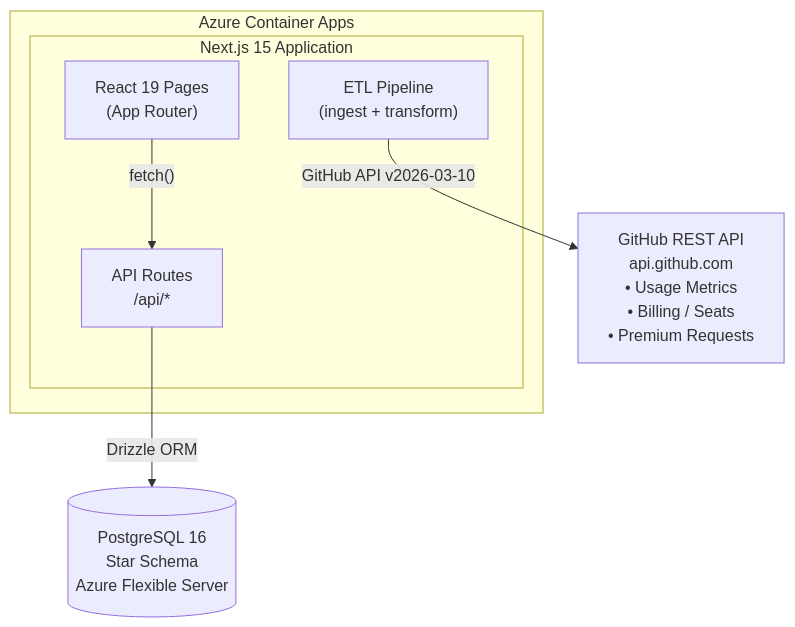
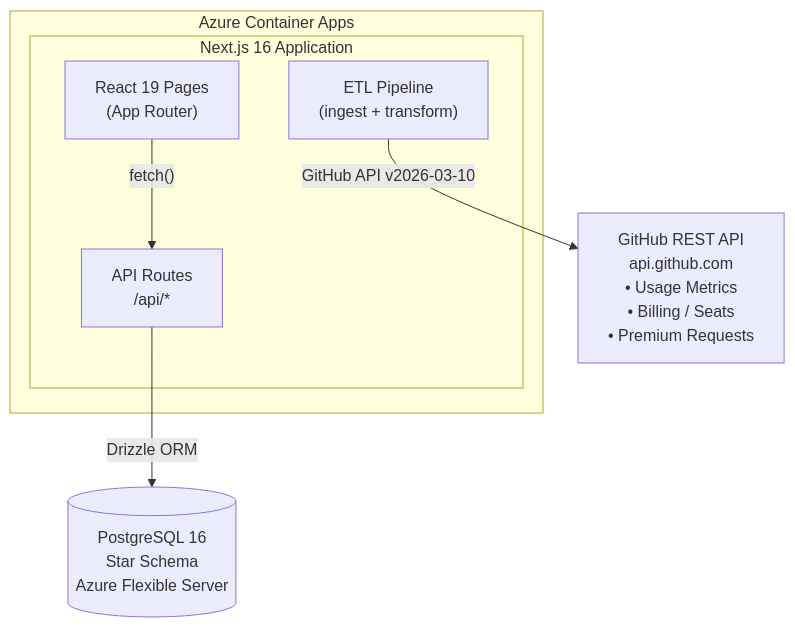
Before and after one commit to amgdy/github-copilot-insights-dashboard: the first of 6 diagrams in docs/architecture.md, drawn with Mermaid. The commit also changed other lines of this file and 6 other files, not shown here.

````diff
--- a/docs/architecture.md
+++ b/docs/architecture.md
@@ -7,17 +7,17 @@
 ```mermaid
 graph TD
     subgraph ACA["Azure Container Apps"]
-        subgraph App["Next.js 15 Application"]
+        subgraph App["Next.js 16 Application"]
             React["React 19 Pages<br/>(App Router)"]
             API["API Routes<br/>/api/*"]
             ETL["ETL Pipeline<br/>(ingest + transform)"]
         end
     end
 
     React -- "fetch()" --> API
     API -- "Drizzle ORM" --> PG
     ETL -- "GitHub API v2026-03-10" --> GH
 
     PG[("PostgreSQL 16<br/>Star Schema<br/>Azure Flexible Server")]
     GH["GitHub REST API<br/>api.github.com<br/>• Usage Metrics<br/>• Billing / Seats<br/>• Premium Requests"]
 ```
````
